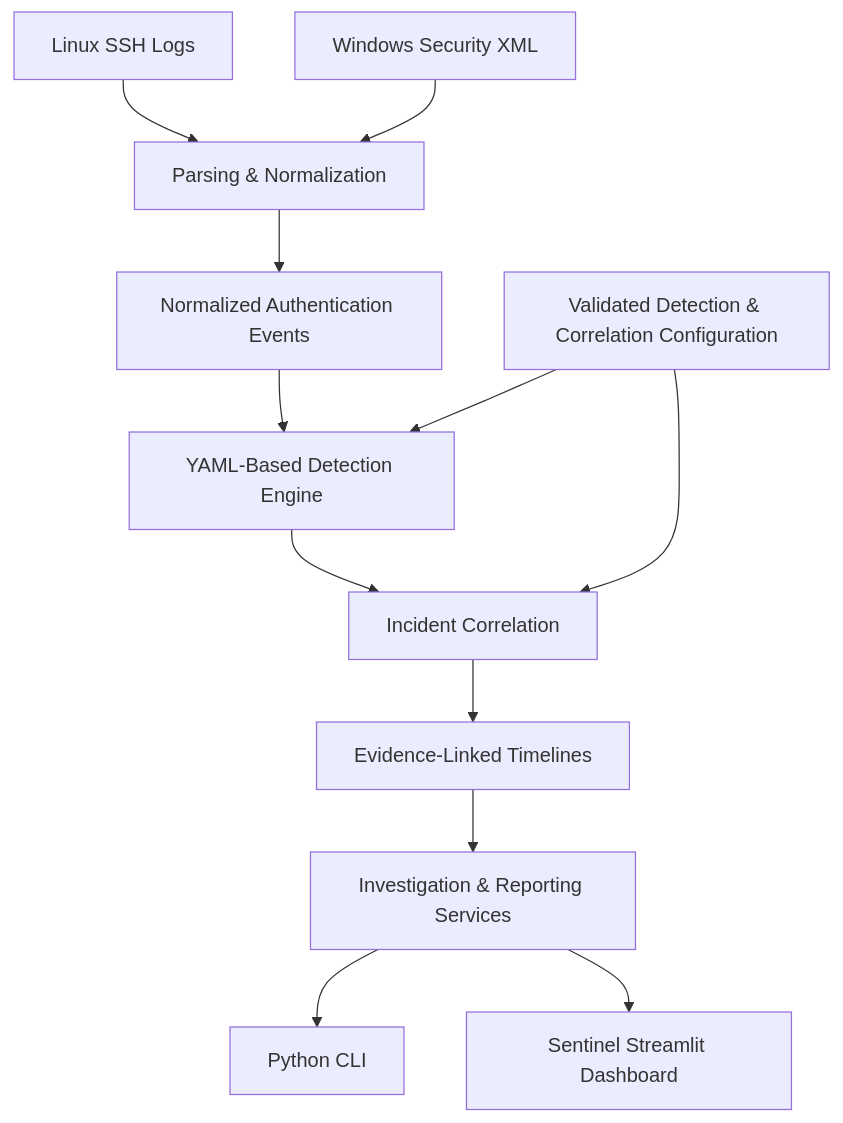
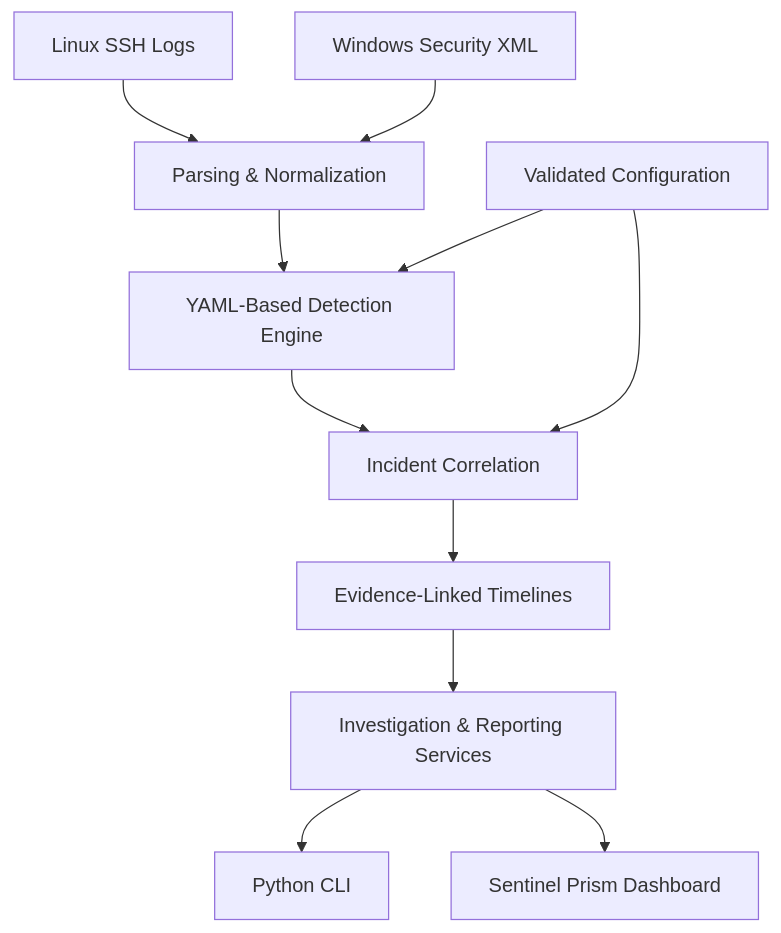
Before and after one commit to Abdullah-Al-Mahi/python-security-log-toolkit: the diagram in README.md, drawn with Mermaid. The commit also changed other lines of this file and 11 other files, not shown here.

````diff
--- a/README.md
+++ b/README.md
@@ -89,14 +88,13 @@
 ```mermaid
 flowchart TD
-    A["Linux SSH Logs"] --> C["Parsing & Normalization"]
-    B["Windows Security XML"] --> C
-    C --> D["Normalized Authentication Events"]
-    D --> E["YAML-Based Detection Engine"]
-    E --> F["Incident Correlation"]
-    F --> G["Evidence-Linked Timelines"]
-    G --> H["Investigation & Reporting Services"]
-    H --> I["Python CLI"]
-    H --> J["Sentinel Streamlit Dashboard"]
-    K["Validated Detection & Correlation Configuration"] --> E
-    K --> F
+    L["Linux SSH Logs"] --> N["Parsing & Normalization"]
+    W["Windows Security XML"] --> N
+    N --> D["YAML-Based Detection Engine"]
+    D --> C["Incident Correlation"]
+    C --> T["Evidence-Linked Timelines"]
+    T --> R["Investigation & Reporting Services"]
+    R --> CLI["Python CLI"]
+    R --> UI["Sentinel Prism Dashboard"]
+    CFG["Validated Configuration"] --> D
+    CFG --> C
 ```
````
